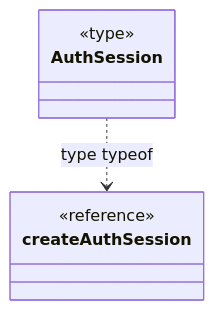
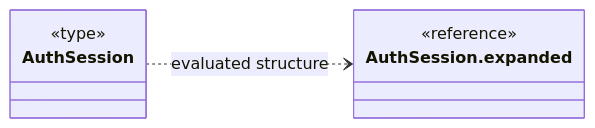
One commit to gpgsistemas01/nexus changed diagram 13 of 21 in front/docs/architecture/views/logical/type-reference/auth.md. Above: the diagram before and after it, drawn with Mermaid. The commit also changed other lines of this file and 37 other files, not shown here.

Commit message:
docs: depurar diagramas y conservar contratos propios del frontend

````diff
--- a/front/docs/architecture/views/logical/type-reference/auth.md
+++ b/front/docs/architecture/views/logical/type-reference/auth.md
@@ -425,11 +355,11 @@
 ```mermaid
 classDiagram
-    direction TB
+    direction LR
     class Subject["AuthSession"] {
         <<type>>
     }
-    class R0["createAuthSession"] {
+    class R0["AuthSession.expanded"] {
         <<reference>>
     }
-    Subject ..> R0 : type typeof
+    Subject ..> R0 : evaluated structure
 ```
````
